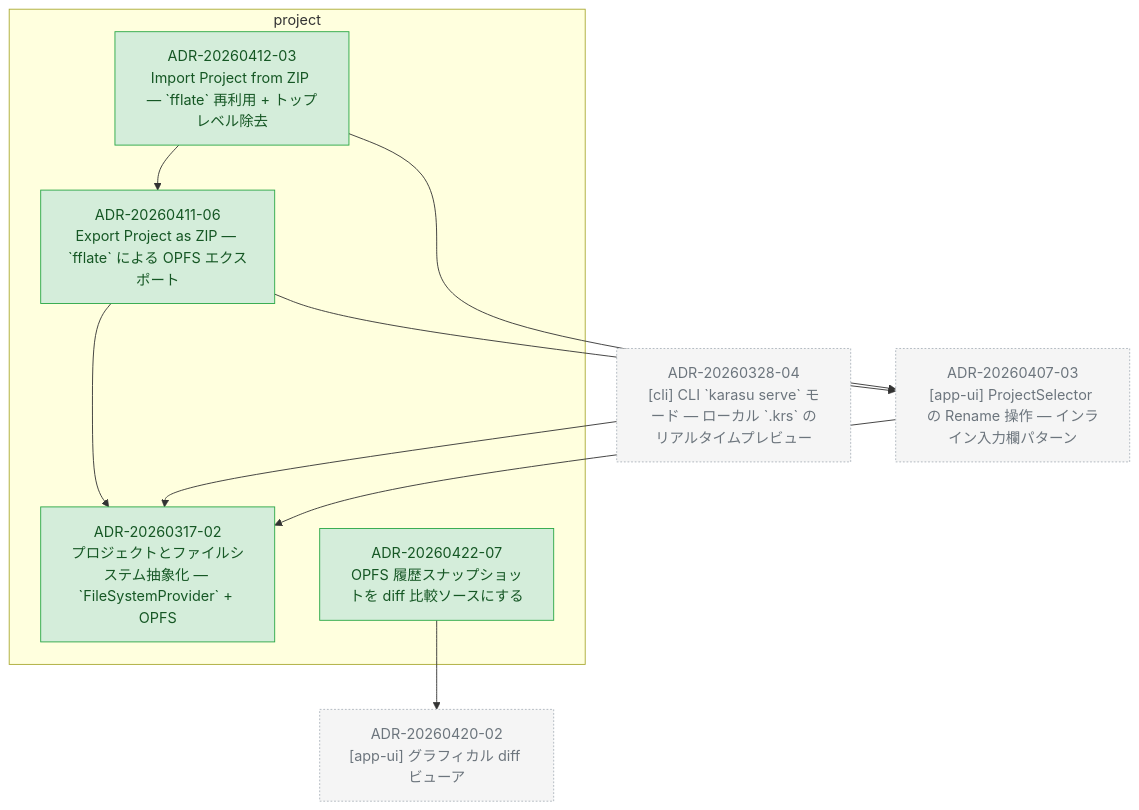
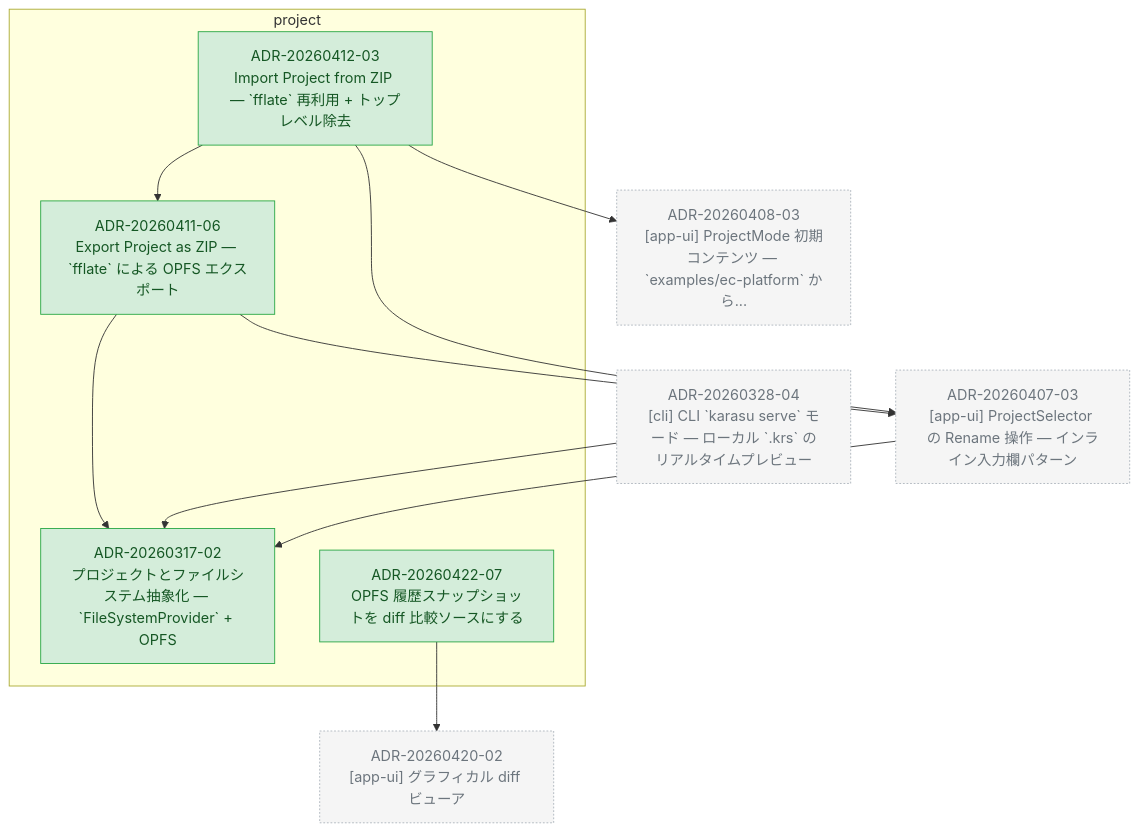
The diagram in docs/adr/graph/project.md (kompiro/karasu), drawn with Mermaid before and after one commit. The commit also changed 8 other files, not shown here.

First line of the commit message:
chore(adr): regenerate graphs after merging main

````diff
--- a/docs/adr/graph/project.md
+++ b/docs/adr/graph/project.md
@@ -6,33 +6,36 @@
 ```mermaid
 flowchart TD
   subgraph project["project"]
     ADR_20260317_02["ADR-20260317-02<br/>プロジェクトとファイルシステム抽象化 — `FileSystemProvider` + OPFS"]
     ADR_20260411_06["ADR-20260411-06<br/>Export Project as ZIP — `fflate` による OPFS エクスポート"]
     ADR_20260412_03["ADR-20260412-03<br/>Import Project from ZIP — `fflate` 再利用 + トップレベル除去"]
     ADR_20260422_07["ADR-20260422-07<br/>OPFS 履歴スナップショットを diff 比較ソースにする"]
   end
   ADR_20260328_04["ADR-20260328-04<br/>[cli] CLI `karasu serve` モード — ローカル `.krs` のリアルタイムプレビュー"]
   ADR_20260407_03["ADR-20260407-03<br/>[app-ui] ProjectSelector の Rename 操作 — インライン入力欄パターン"]
+  ADR_20260408_03["ADR-20260408-03<br/>[app-ui] ProjectMode 初期コンテンツ — `examples/ec-platform` から..."]
   ADR_20260420_02["ADR-20260420-02<br/>[app-ui] グラフィカル diff ビューア"]
   ADR_20260411_06 --> ADR_20260317_02
   ADR_20260411_06 --> ADR_20260407_03
+  ADR_20260412_03 --> ADR_20260407_03
+  ADR_20260412_03 --> ADR_20260408_03
   ADR_20260412_03 --> ADR_20260411_06
-  ADR_20260412_03 --> ADR_20260407_03
   ADR_20260422_07 --> ADR_20260420_02
   ADR_20260328_04 --> ADR_20260317_02
   ADR_20260407_03 --> ADR_20260317_02
 
   classDef accepted fill:#d4edda,stroke:#28a745,color:#155724
   classDef proposed fill:#fff3cd,stroke:#ffc107,color:#856404
   classDef deprecated fill:#f8d7da,stroke:#dc3545,color:#721c24
   classDef superseded fill:#e2e3e5,stroke:#6c757d,color:#383d41
   classDef not_adopted fill:#e2e3e5,stroke:#6c757d,color:#383d41,stroke-dasharray:3 3
   classDef ghost fill:#f5f5f5,stroke:#adb5bd,color:#6c757d,stroke-dasharray:2 2
   class ADR_20260317_02 accepted
   class ADR_20260411_06 accepted
   class ADR_20260412_03 accepted
   class ADR_20260422_07 accepted
   class ADR_20260328_04 ghost
   class ADR_20260407_03 ghost
+  class ADR_20260408_03 ghost
   class ADR_20260420_02 ghost
 ```
````
